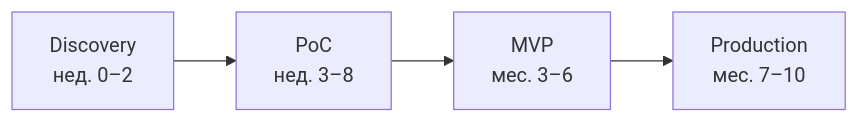
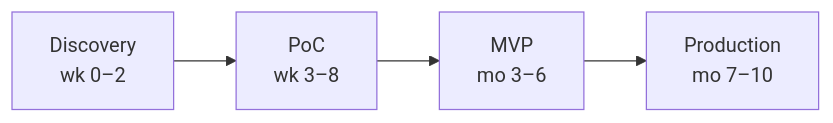
One commit to YuesIt17/yuit-docs-ai-architect changed the first of 2 diagrams in hw-1/RetailPartnerX_AI_Strategy.md. Above: the diagram before and after it, drawn with Mermaid. The commit also changed other lines of this file and 12 other files, not shown here.

````diff
--- a/hw-1/RetailPartnerX_AI_Strategy.md
+++ b/hw-1/RetailPartnerX_AI_Strategy.md
@@ -209,6 +209,6 @@
 ```mermaid
 flowchart LR
-    D[Discovery<br/>нед. 0–2] --> P[PoC<br/>нед. 3–8]
-    P --> M[MVP<br/>мес. 3–6]
-    M --> R[Production<br/>мес. 7–10]
+    D[Discovery<br/>wk 0–2] --> P[PoC<br/>wk 3–8]
+    P --> M[MVP<br/>mo 3–6]
+    M --> R[Production<br/>mo 7–10]
 ```
````
